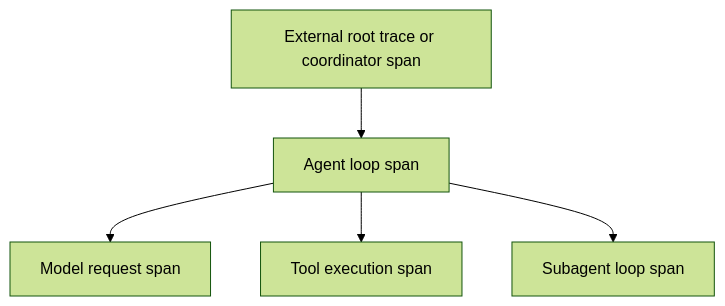
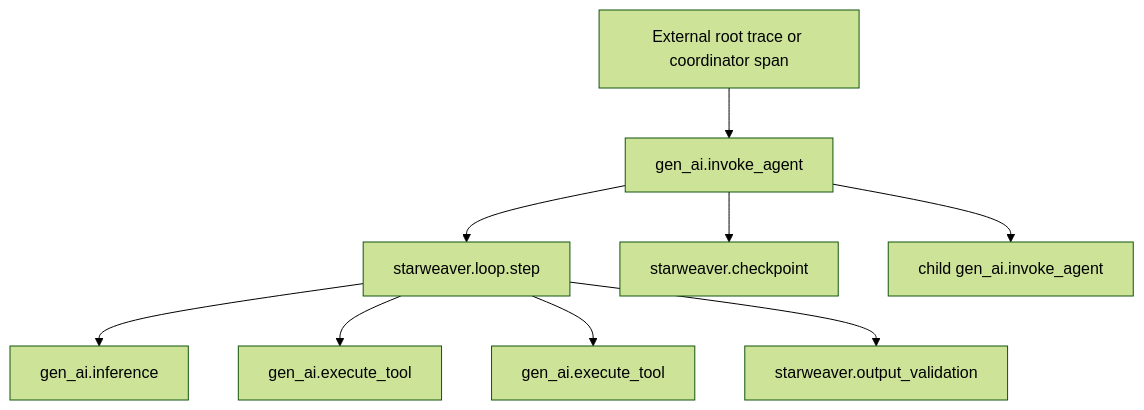
Before and after one commit to Wh1isper/starweaver: the third of 5 diagrams in spec/core/01-agent-loop.md, drawn with Mermaid (forest theme). The commit also changed other lines of this file and 80 other files, not shown here.

````diff
--- a/spec/core/01-agent-loop.md
+++ b/spec/core/01-agent-loop.md
@@ -112,13 +112,21 @@
 ```mermaid
 flowchart TD
     root[External root trace or coordinator span]
-    agent[Agent loop span]
-    model[Model request span]
-    tool[Tool execution span]
-    subagent[Subagent loop span]
+    agent[gen_ai.invoke_agent]
+    step[starweaver.loop.step]
+    model[gen_ai.inference]
+    toolA[gen_ai.execute_tool]
+    toolB[gen_ai.execute_tool]
+    output[starweaver.output_validation]
+    checkpoint[starweaver.checkpoint]
+    subagent[child gen_ai.invoke_agent]
 
     root --> agent
-    agent --> model
-    agent --> tool
+    agent --> step
+    step --> model
+    step --> toolA
+    step --> toolB
+    step --> output
+    agent --> checkpoint
     agent --> subagent
 ```
````
